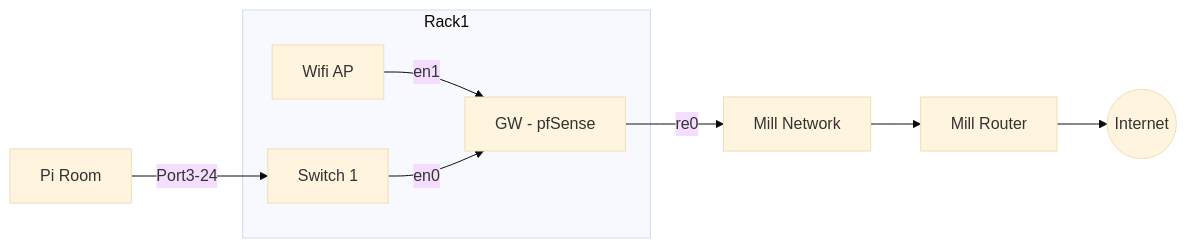
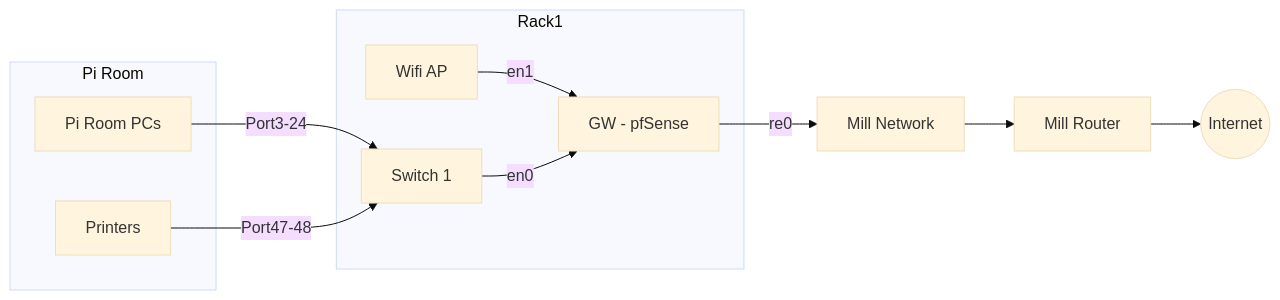
The first of 2 diagrams in docs/membership/member_information/network_layout.md (leigh-hackspace/HackspaceWiki), drawn with Mermaid (base theme) before and after one commit.

Commit message:
Update network map

````diff
--- a/docs/membership/member_information/network_layout.md
+++ b/docs/membership/member_information/network_layout.md
@@ -15,11 +15,16 @@
 ```mermaid
 graph LR
     subgraph Rack1
     AP[Wifi AP] -->|en1| GW
     SWITCH1[Switch 1] -->|en0| GW
     GW[GW - pfSense] 
     end
     GW -->|re0| MILL
     MILL[Mill Network] --> MILLROUTER[Mill Router] --> INTERNET((Internet))
-    PIROOM[Pi Room] -->|Port3-24| SWITCH1
+    
+    subgraph Pi Room
+    PIROOMPC[Pi Room PCs] -->|Port3-24| SWITCH1
+    PRINTERS[Printers] -->|Port47-48| SWITCH1
+    end
+
 ```
````
